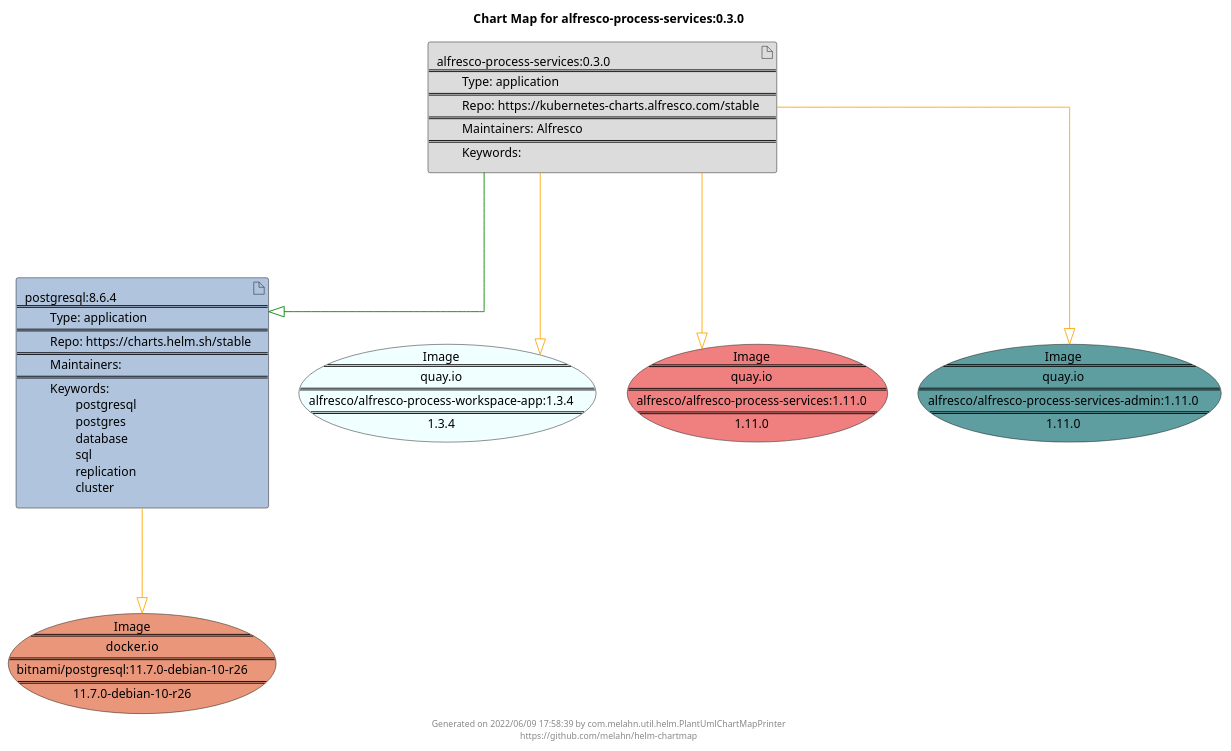
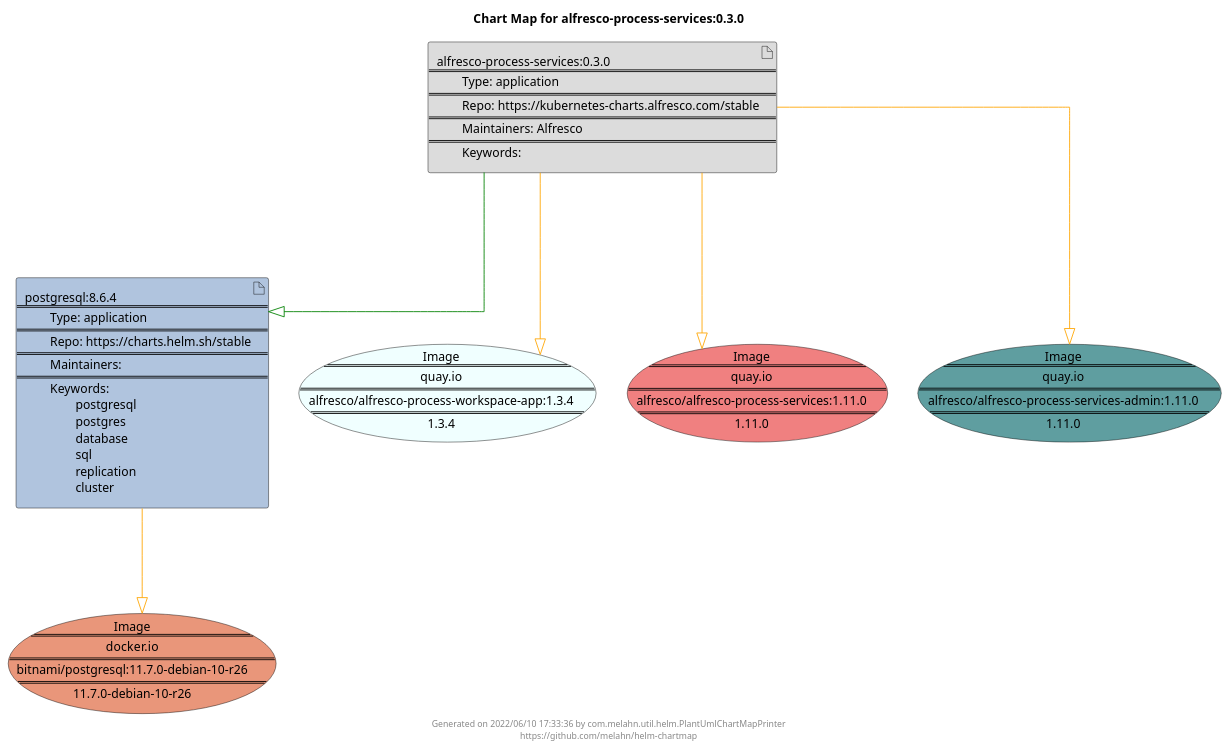
Before and after one commit to melahn/helm-chartmap: the diagram in docs/alfresco-process-services/alfresco-process-services-0.3.0.puml, drawn with PlantUML. The commit also changed 58 other files, not shown here.

Commit message:
Update Example Chart Maps as part of GitHub build

```diff
--- a/docs/alfresco-process-services/alfresco-process-services-0.3.0.puml
+++ b/docs/alfresco-process-services/alfresco-process-services-0.3.0.puml
@@ -1,29 +1,29 @@
 @startuml
 skinparam linetype ortho
 skinparam backgroundColor white
 skinparam usecaseBorderColor black
 skinparam usecaseArrowColor LightSlateGray
 skinparam artifactBorderColor black
 skinparam artifactArrowColor LightSlateGray
 
 title Chart Map for alfresco-process-services:0.3.0
 
 'There are 2 referenced Helm Charts
 artifact "alfresco-process-services:0.3.0\n====\n\tType: application\n====\n\tRepo: https://kubernetes-charts.alfresco.com/stable\n====\n\tMaintainers: Alfresco\n====\n\tKeywords: " as alfresco_process_services_0_3_0 #Gainsboro
 artifact "postgresql:8.6.4\n====\n\tType: application\n====\n\tRepo: https://charts.helm.sh/stable\n====\n\tMaintainers: \n====\n\tKeywords: \n\t\tpostgresql\n\t\tpostgres\n\t\tdatabase\n\t\tsql\n\t\treplication\n\t\tcluster" as postgresql_8_6_4 #LightSteelBlue
 
 'There are 4 referenced Docker Images
 usecase "Image\n====\nquay.io\n====\nalfresco/alfresco-process-workspace-app:1.3.4\n====\n1.3.4" as quay_io_alfresco_alfresco_process_workspace_app_1_3_4 #Azure
 usecase "Image\n====\nquay.io\n====\nalfresco/alfresco-process-services:1.11.0\n====\n1.11.0" as quay_io_alfresco_alfresco_process_services_1_11_0 #LightCoral
 usecase "Image\n====\nquay.io\n====\nalfresco/alfresco-process-services-admin:1.11.0\n====\n1.11.0" as quay_io_alfresco_alfresco_process_services_admin_1_11_0 #CadetBlue
 usecase "Image\n====\ndocker.io\n====\nbitnami/postgresql:11.7.0-debian-10-r26\n====\n11.7.0-debian-10-r26" as docker_io_bitnami_postgresql_11_7_0_debian_10_r26 #DarkSalmon
 
 'Chart Dependencies
 alfresco_process_services_0_3_0--[#green]-|>postgresql_8_6_4
 alfresco_process_services_0_3_0--[#orange]-|>quay_io_alfresco_alfresco_process_services_admin_1_11_0
 alfresco_process_services_0_3_0--[#orange]-|>quay_io_alfresco_alfresco_process_workspace_app_1_3_4
 alfresco_process_services_0_3_0--[#orange]-|>quay_io_alfresco_alfresco_process_services_1_11_0
 postgresql_8_6_4--[#orange]-|>docker_io_bitnami_postgresql_11_7_0_debian_10_r26
 
-center footer Generated on 2022/06/09 17:58:39 by com.melahn.util.helm.PlantUmlChartMapPrinter\nhttps://github.com/melahn/helm-chartmap
+center footer Generated on 2022/06/10 17:33:36 by com.melahn.util.helm.PlantUmlChartMapPrinter\nhttps://github.com/melahn/helm-chartmap
 @enduml
```
